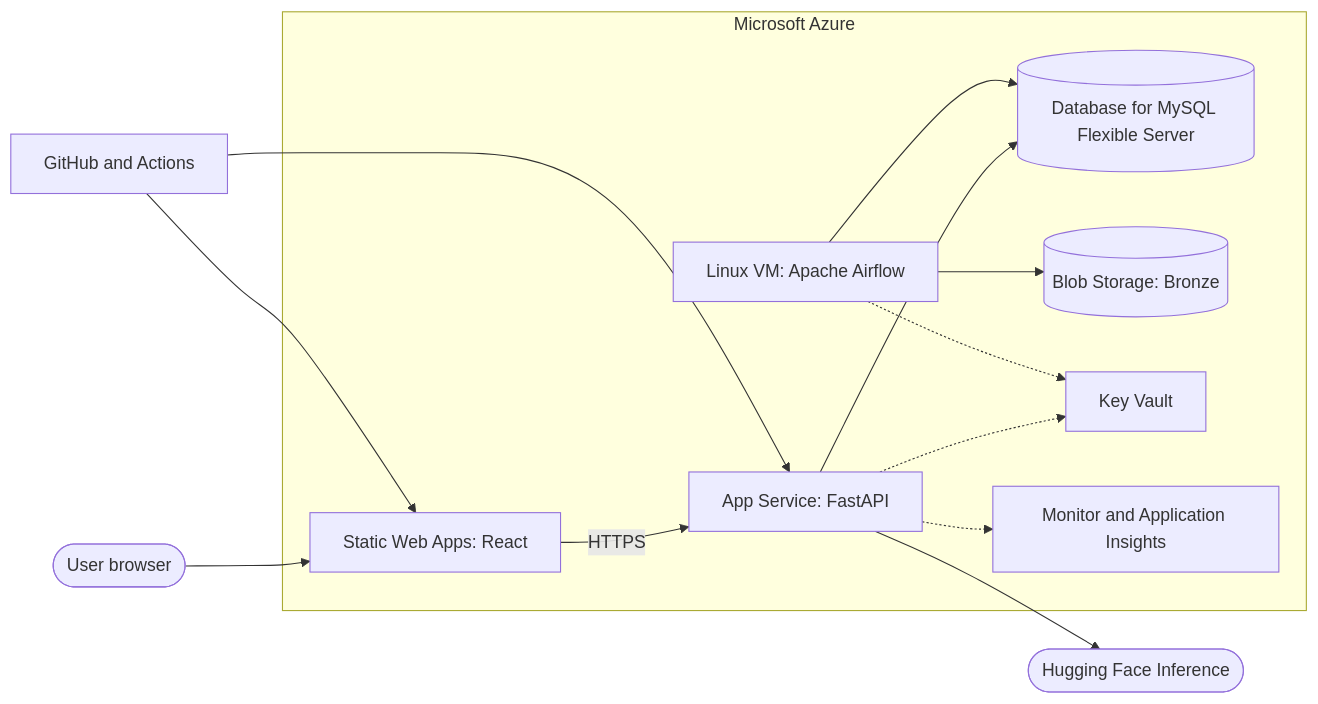
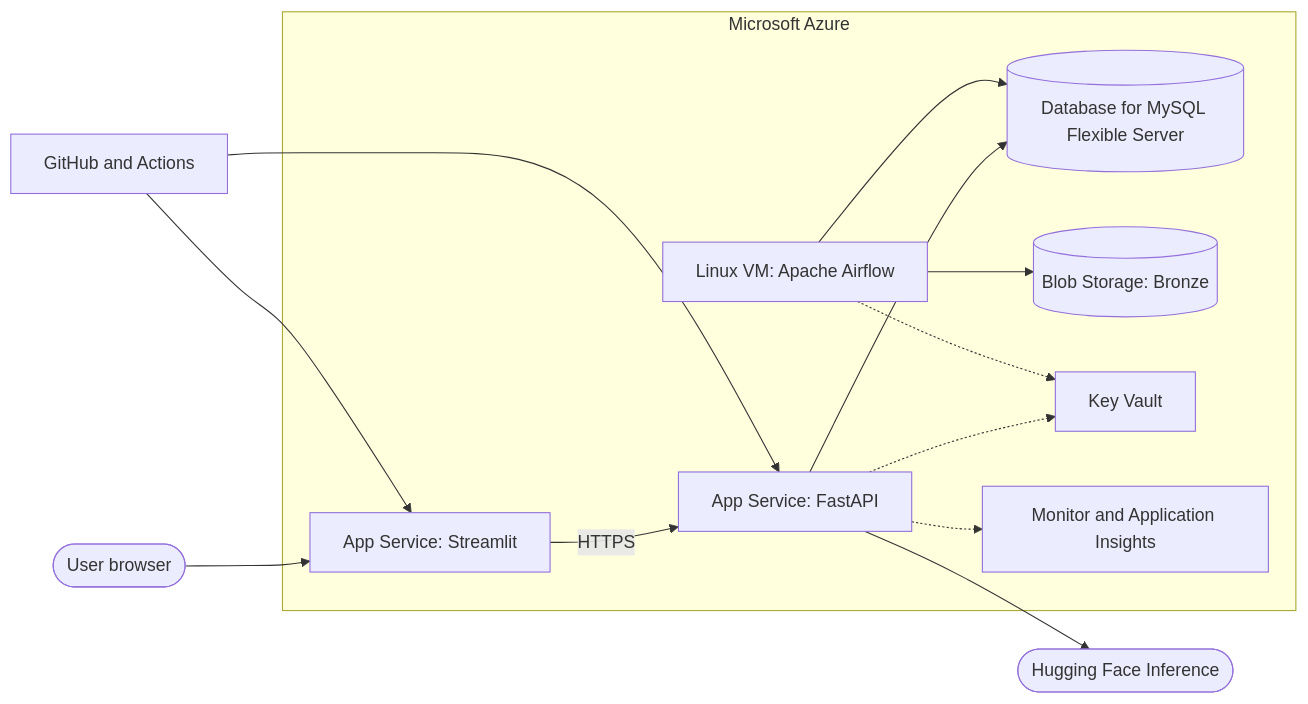
Before and after one commit to Ziad17-Ai/Global-Restaurant-Explorer-: the ninth of 9 diagrams in docs/ARCHITECTURE.md, drawn with Mermaid. The commit also changed other lines of this file and 12 other files, not shown here.

Commit message:
refactor(docs): migrate package.json file for the web application, eliminating all associated scripts and dependencies; use streamlit

````diff
--- a/docs/ARCHITECTURE.md
+++ b/docs/ARCHITECTURE.md
@@ -345,26 +345,26 @@
 ```mermaid
 flowchart LR
     U([User browser])
     subgraph AZ["Microsoft Azure"]
-        SWA["Static Web Apps: React"]
+        APPUI["App Service: Streamlit"]
         APPS["App Service: FastAPI"]
         MYSQL[("Database for MySQL Flexible Server")]
         BLOB[("Blob Storage: Bronze")]
         VM["Linux VM: Apache Airflow"]
         KV["Key Vault"]
         MON["Monitor and Application Insights"]
     end
     HF([Hugging Face Inference])
     GH["GitHub and Actions"]
-    U --> SWA
-    SWA -->|HTTPS| APPS
+    U --> APPUI
+    APPUI -->|HTTPS| APPS
     APPS --> MYSQL
     APPS --> HF
     APPS -.-> KV
     VM --> BLOB
     VM --> MYSQL
     VM -.-> KV
     APPS -.-> MON
-    GH --> SWA
+    GH --> APPUI
     GH --> APPS
 ```
````
